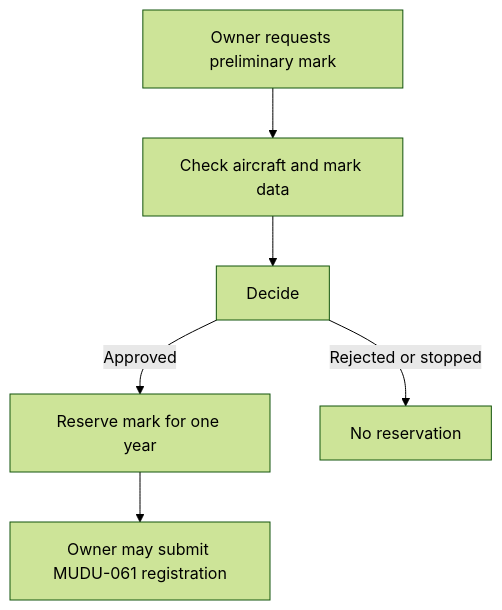
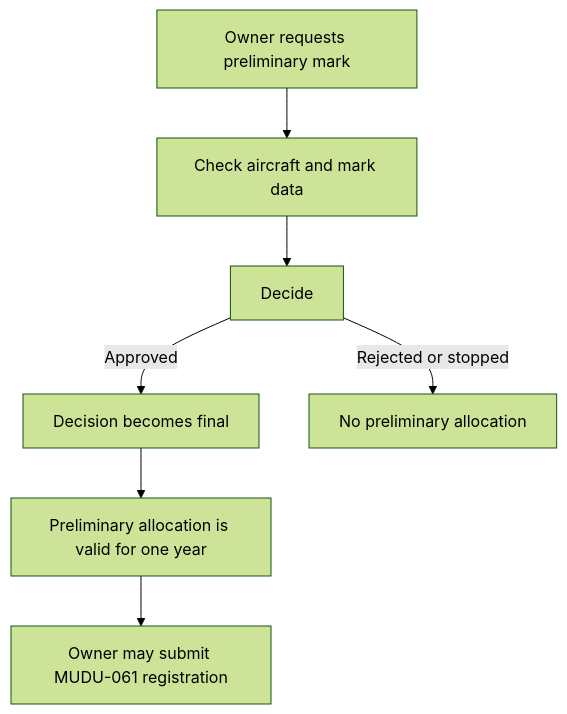
Before and after one commit to fixerivan/mudu-process-definition-standard: the diagram in examples/MUDU-060/graph.md, drawn with Mermaid (forest theme). The commit also changed other lines of this file and 10 other files, not shown here.

````diff
--- a/examples/MUDU-060/graph.md
+++ b/examples/MUDU-060/graph.md
@@ -5,8 +5,9 @@
 ```mermaid
 graph TD
     A["Owner requests preliminary mark"] --> B["Check aircraft and mark data"]
     B --> C["Decide"]
-    C -->|Approved| D["Reserve mark for one year"]
-    D --> E["Owner may submit MUDU-061 registration"]
-    C -->|Rejected or stopped| X["No reservation"]
+    C -->|Approved| D["Decision becomes final"]
+    D --> E["Preliminary allocation is valid for one year"]
+    E --> F["Owner may submit MUDU-061 registration"]
+    C -->|Rejected or stopped| X["No preliminary allocation"]
 ```
````
